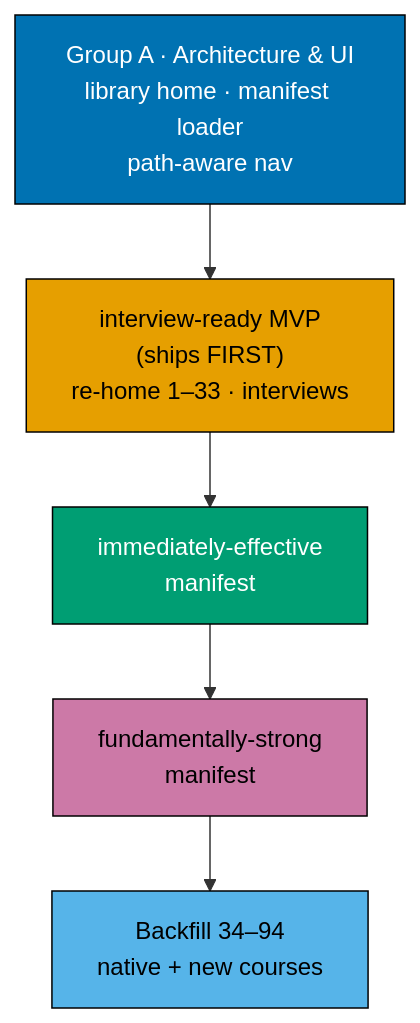
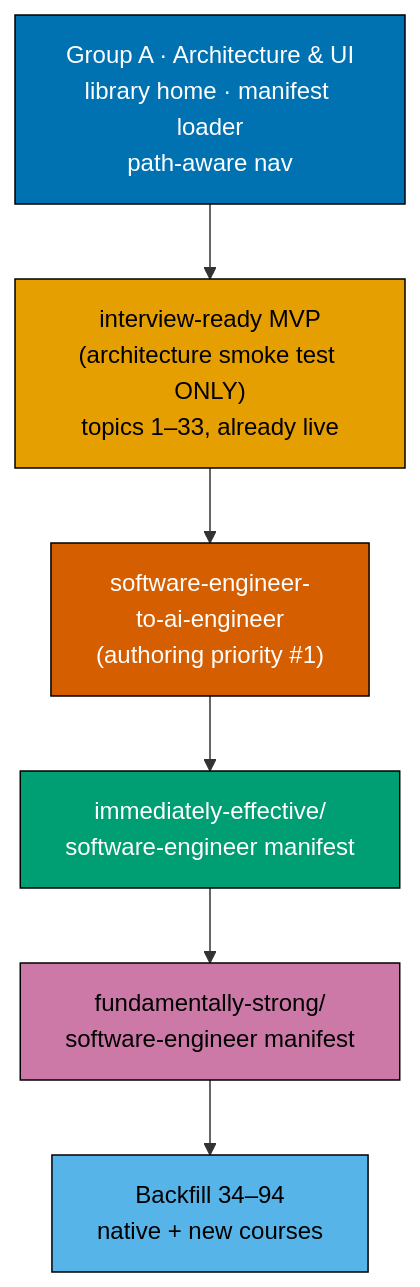
The second of 2 diagrams in plans/in-progress/fundamentally-strong-shared-course-tracks/README.md (wahidyankf/baseerah), drawn with Mermaid before and after one commit. The commit also changed other lines of this file and 24 other files, not shown here.

First line of the commit message:
feat(plans): add immediately-effective/software-engineer-to-ai-engineer path

````diff
--- a/plans/in-progress/fundamentally-strong-shared-course-tracks/README.md
+++ b/plans/in-progress/fundamentally-strong-shared-course-tracks/README.md
@@ -125,15 +164,17 @@
 ```mermaid
 flowchart TD
     A["Group A · Architecture & UI<br/>library home · manifest loader<br/>path-aware nav"]:::a
-    B["interview-ready MVP<br/>(ships FIRST)<br/>re-home 1–33 · interviews"]:::b
-    C["immediately-effective<br/>manifest"]:::c
-    D["fundamentally-strong<br/>manifest"]:::d
+    B["interview-ready MVP<br/>(architecture smoke test ONLY)<br/>topics 1–33, already live"]:::b
+    F["software-engineer-<br/>to-ai-engineer<br/>(authoring priority #1)"]:::f
+    C["immediately-effective/<br/>software-engineer manifest"]:::c
+    D["fundamentally-strong/<br/>software-engineer manifest"]:::d
     E["Backfill 34–94<br/>native + new courses"]:::e
-    A --> B --> C --> D --> E
+    A --> B --> F --> C --> D --> E
 
     classDef a fill:#0072B2,stroke:#000,color:#fff
     classDef b fill:#E69F00,stroke:#000,color:#000
+    classDef f fill:#D55E00,stroke:#000,color:#fff
     classDef c fill:#009E73,stroke:#000,color:#fff
     classDef d fill:#CC79A7,stroke:#000,color:#000
     classDef e fill:#56B4E9,stroke:#000,color:#000
 ```
````
